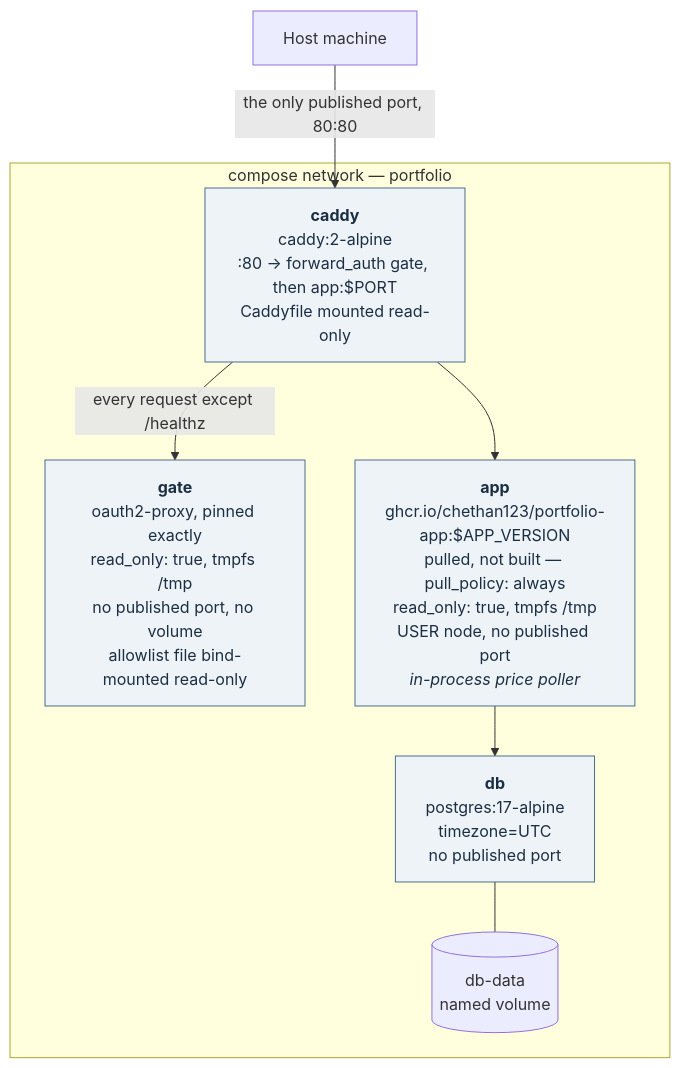
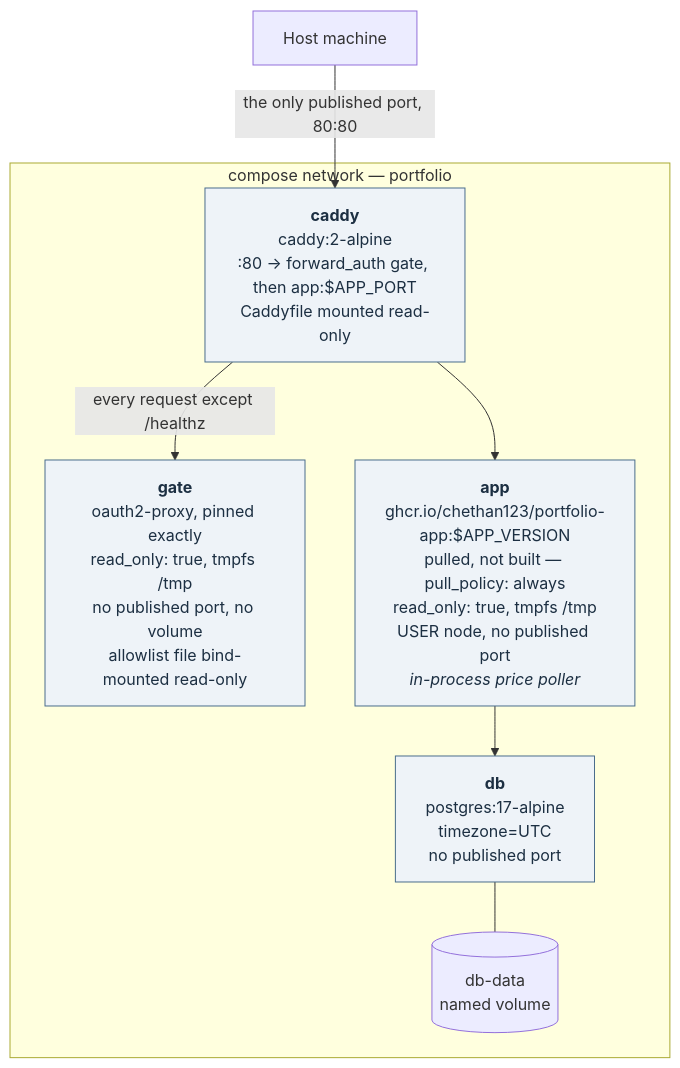
Before and after one commit to chethan123/portfolio: the second of 10 diagrams in ARCHITECTURE.md, drawn with Mermaid. The commit also changed other lines of this file and 25 other files, not shown here.

````diff
--- a/ARCHITECTURE.md
+++ b/ARCHITECTURE.md
@@ -136,21 +136,21 @@
 ```mermaid
 graph TB
     host["Host machine"]
 
     subgraph compose["compose network — portfolio"]
-        caddy["<b>caddy</b><br/>caddy:2-alpine<br/>:80 → forward_auth gate, then app:$PORT<br/>Caddyfile mounted read-only"]
+        caddy["<b>caddy</b><br/>caddy:2-alpine<br/>:80 → forward_auth gate, then app:$APP_PORT<br/>Caddyfile mounted read-only"]
         gate["<b>gate</b><br/>oauth2-proxy, pinned exactly<br/>read_only: true, tmpfs /tmp<br/>no published port, no volume<br/>allowlist file bind-mounted read-only"]
         app["<b>app</b><br/>ghcr.io/chethan123/portfolio-app:$APP_VERSION<br/>pulled, not built — pull_policy: always<br/>read_only: true, tmpfs /tmp<br/>USER node, no published port<br/><i>in-process price poller</i>"]
         db["<b>db</b><br/>postgres:17-alpine<br/>timezone=UTC<br/>no published port"]
         vol[("db-data<br/>named volume")]
     end
 
     host -->|"the only published port, 80:80"| caddy
     caddy -->|"every request except /healthz"| gate
     caddy --> app
     app --> db
     db --- vol
 
     classDef svc fill:#eef3f8,stroke:#4a6d8c,color:#1c2f42
     class caddy,gate,app,db svc
 ```
````
